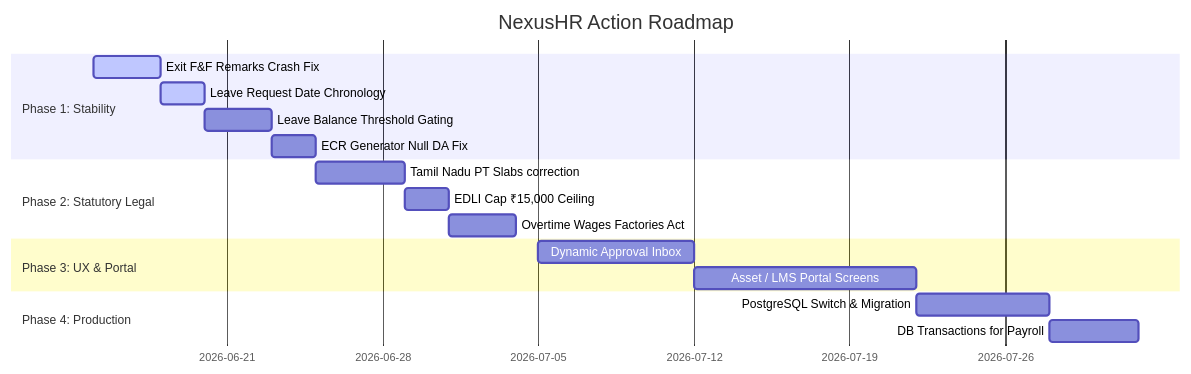
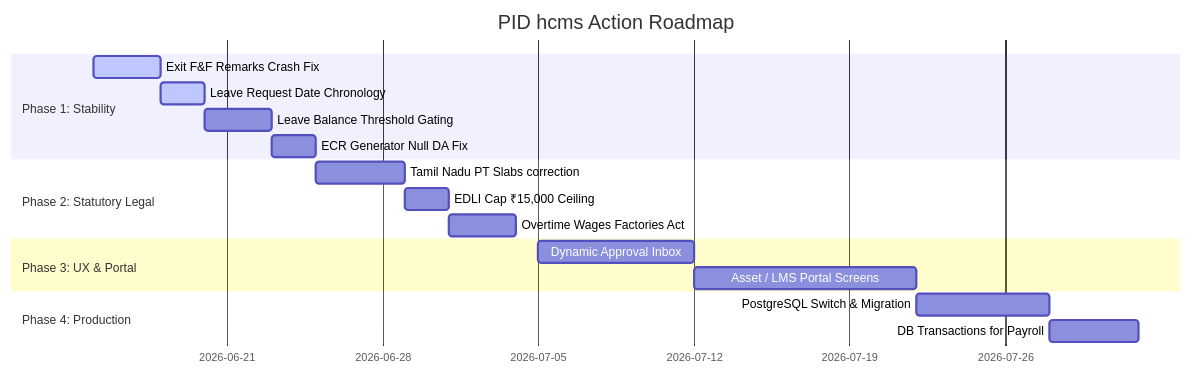
One commit to Varshith-DevOps/PID changed the diagram in docs/06_Implementation_Plan_and_Roadmap.md. Above: the diagram before and after it, drawn with Mermaid. The commit also changed other lines of this file and 101 other files, not shown here.

````diff
--- a/docs/06_Implementation_Plan_and_Roadmap.md
+++ b/docs/06_Implementation_Plan_and_Roadmap.md
@@ -11,20 +11,20 @@
 ```mermaid
 gantt
-    title NexusHR Action Roadmap
+    title PID hcms Action Roadmap
     dateFormat  YYYY-MM-DD
     section Phase 1: Stability
     Exit F&F Remarks Crash Fix     :active, p1_1, 2026-06-15, 3d
     Leave Request Date Chronology   :active, p1_2, after p1_1, 2d
     Leave Balance Threshold Gating  :p1_3, after p1_2, 3d
     ECR Generator Null DA Fix      :p1_4, after p1_3, 2d
     section Phase 2: Statutory Legal
     Tamil Nadu PT Slabs correction  :p2_1, 2026-06-25, 4d
     EDLI Cap ₹15,000 Ceiling       :p2_2, after p2_1, 2d
     Overtime Wages Factories Act   :p2_3, after p2_2, 3d
     section Phase 3: UX & Portal
     Dynamic Approval Inbox          :p3_1, 2026-07-05, 7d
     Asset / LMS Portal Screens      :p3_2, after p3_1, 10d
     section Phase 4: Production
     PostgreSQL Switch & Migration   :p4_1, 2026-07-22, 6d
     DB Transactions for Payroll     :p4_2, after p4_1, 4d
 ```
````
